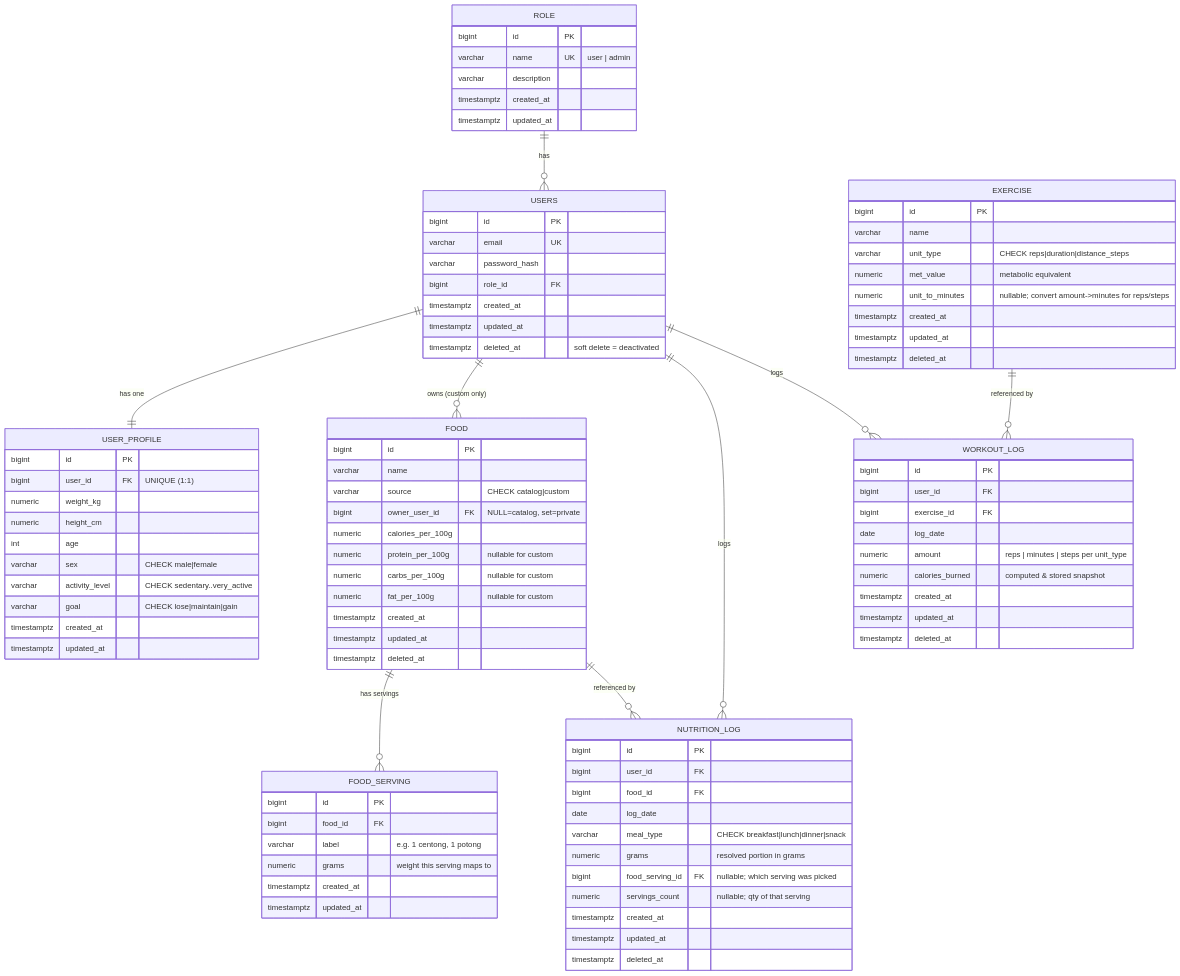
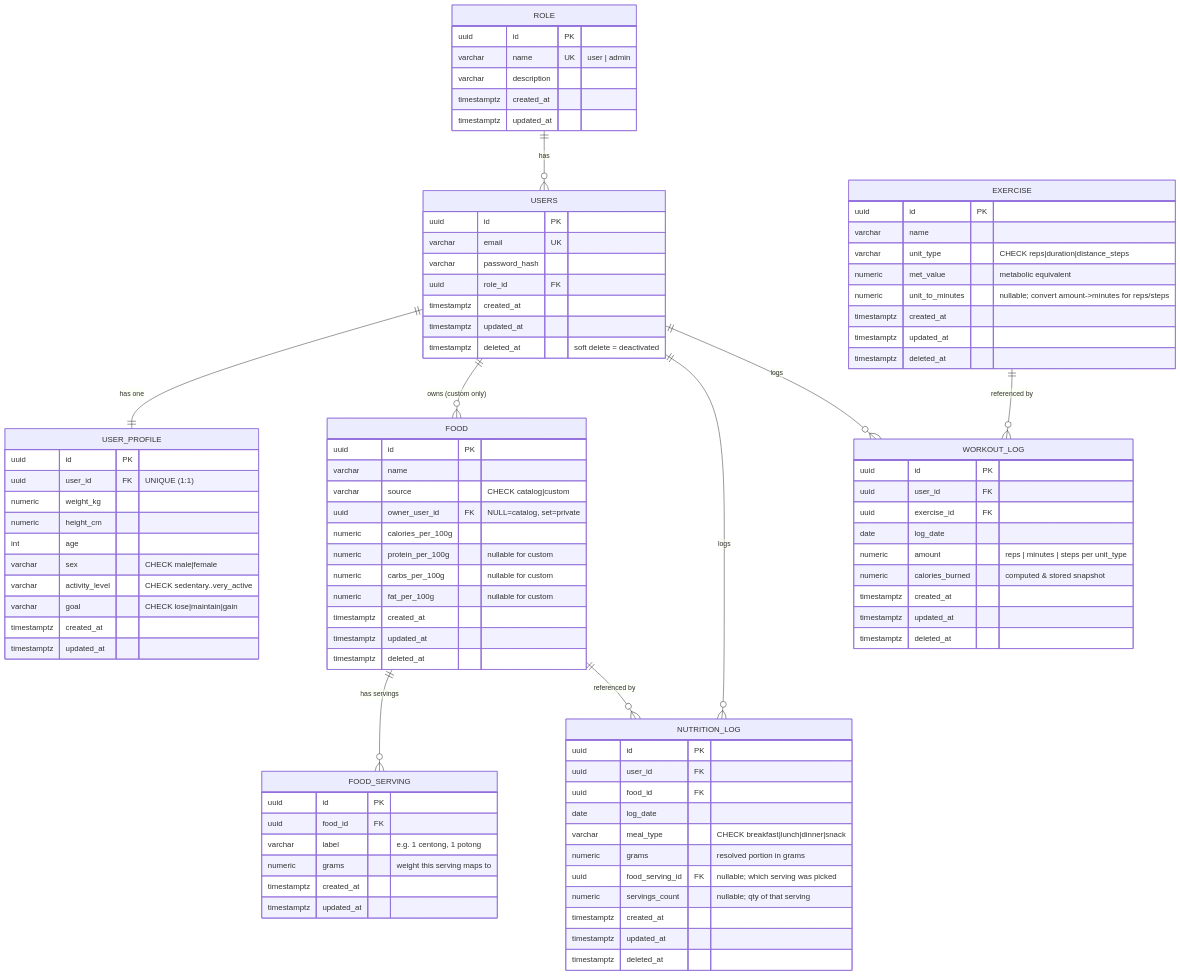
One commit to Monarqhs/cal-lowrisk changed the diagram in docs/02-system/erd.md. Above: the diagram before and after it, drawn with Mermaid. The commit also changed other lines of this file, not shown here.

Commit message:
docs(erd): use native uuid PKs (UUIDv7, app-generated) on all tables
Switch all id/FK columns from bigint to native PostgreSQL uuid:
- native uuid (16B) not varchar — half the storage, validated, faster index
- UUIDv7 (time-ordered) keeps log inserts index-friendly, so uuid is safe
  even on high-insert nutrition_log / workout_log
- non-enumerable IDs protect private log endpoints (NUT-6/WRK-4)
- app-side generation (Go uuid.NewV7) fits the extraction path
- consistent PK/FK type across all modules (shared base model)
- seeded rows (role) use fixed hardcoded UUIDs so FKs resolve

Updates conventions (§2), the Mermaid diagram, and resolves open item #1 (§7).

```diff
--- a/docs/02-system/erd.md
+++ b/docs/02-system/erd.md
@@ -91,7 +105,7 @@
     EXERCISE ||--o{ WORKOUT_LOG : "referenced by"
 
     ROLE {
-        bigint id PK
+        uuid id PK
         varchar name UK "user | admin"
         varchar description
         timestamptz created_at
@@ -99,18 +113,18 @@
     }
 
     USERS {
-        bigint id PK
+        uuid id PK
         varchar email UK
         varchar password_hash
-        bigint role_id FK
+        uuid role_id FK
         timestamptz created_at
         timestamptz updated_at
         timestamptz deleted_at "soft delete = deactivated"
     }
 
     USER_PROFILE {
-        bigint id PK
-        bigint user_id FK "UNIQUE (1:1)"
+        uuid id PK
+        uuid user_id FK "UNIQUE (1:1)"
         numeric weight_kg
         numeric height_cm
         int age
@@ -122,10 +136,10 @@
     }
 
     FOOD {
-        bigint id PK
+        uuid id PK
         varchar name
         varchar source "CHECK catalog|custom"
-        bigint owner_user_id FK "NULL=catalog, set=private"
+        uuid owner_user_id FK "NULL=catalog, set=private"
         numeric calories_per_100g
         numeric protein_per_100g "nullable for custom"
         numeric carbs_per_100g "nullable for custom"
@@ -136,8 +150,8 @@
     }
 
     FOOD_SERVING {
-        bigint id PK
-        bigint food_id FK
+        uuid id PK
+        uuid food_id FK
         varchar label "e.g. 1 centong, 1 potong"
         numeric grams "weight this serving maps to"
         timestamptz created_at
@@ -145,13 +159,13 @@
     }
 
     NUTRITION_LOG {
-        bigint id PK
-        bigint user_id FK
-        bigint food_id FK
+        uuid id PK
+        uuid user_id FK
+        uuid food_id FK
         date log_date
         varchar meal_type "CHECK breakfast|lunch|dinner|snack"
         numeric grams "resolved portion in grams"
-        bigint food_serving_id FK "nullable; which serving was picked"
+        uuid food_serving_id FK "nullable; which serving was picked"
         numeric servings_count "nullable; qty of that serving"
         timestamptz created_at
         timestamptz updated_at
@@ -159,7 +173,7 @@
     }
 
     EXERCISE {
-        bigint id PK
+        uuid id PK
         varchar name
         varchar unit_type "CHECK reps|duration|distance_steps"
         numeric met_value "metabolic equivalent"
@@ -170,9 +184,9 @@
     }
 
     WORKOUT_LOG {
-        bigint id PK
-        bigint user_id FK
-        bigint exercise_id FK
+        uuid id PK
+        uuid user_id FK
+        uuid exercise_id FK
         date log_date
         numeric amount "reps | minutes | steps per unit_type"
         numeric calories_burned "computed & stored snapshot"
```
